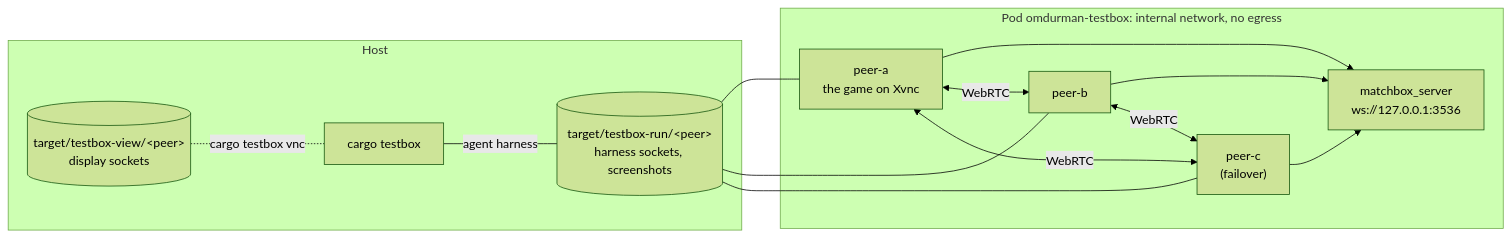
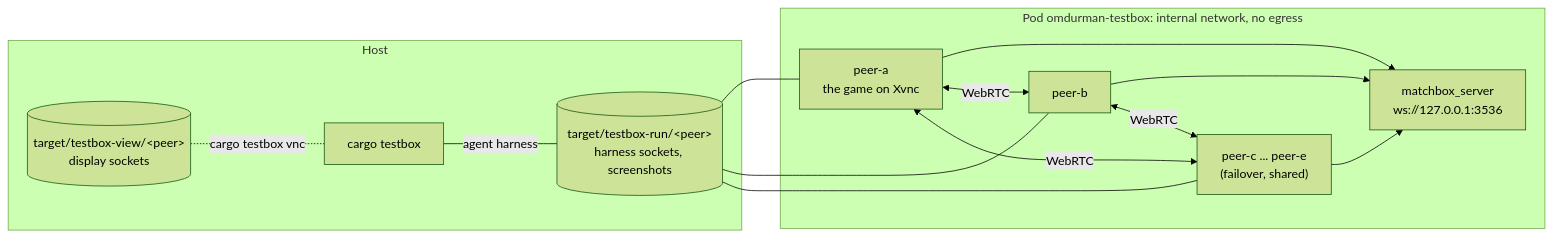
The diagram in testbox/README.md (barafael/omdurman), drawn with Mermaid (forest theme) before and after one commit. The commit also changed other lines of this file and 8 other files, not shown here.

````diff
--- a/testbox/README.md
+++ b/testbox/README.md
@@ -20,25 +20,25 @@
 ```mermaid
 flowchart LR
     subgraph host["Host"]
         xtask["cargo testbox"]
         run[("target/testbox-run/&lt;peer&gt;<br/>harness sockets, screenshots")]
         view[("target/testbox-view/&lt;peer&gt;<br/>display sockets")]
     end
     subgraph pod["Pod omdurman-testbox: internal network, no egress"]
         matchbox["matchbox_server<br/>ws://127.0.0.1:3536"]
         a["peer-a<br/>the game on Xvnc"]
         b["peer-b"]
-        c["peer-c<br/>(failover)"]
+        c["peer-c ... peer-e<br/>(failover, shared)"]
     end
     xtask -- "agent harness" --- run
     run --- a
     run --- b
     run --- c
     view -. "cargo testbox vnc" .- xtask
     a --> matchbox
     b --> matchbox
     c --> matchbox
     a <-- "WebRTC" --> b
     a <-- "WebRTC" --> c
     b <-- "WebRTC" --> c
 ```
````
